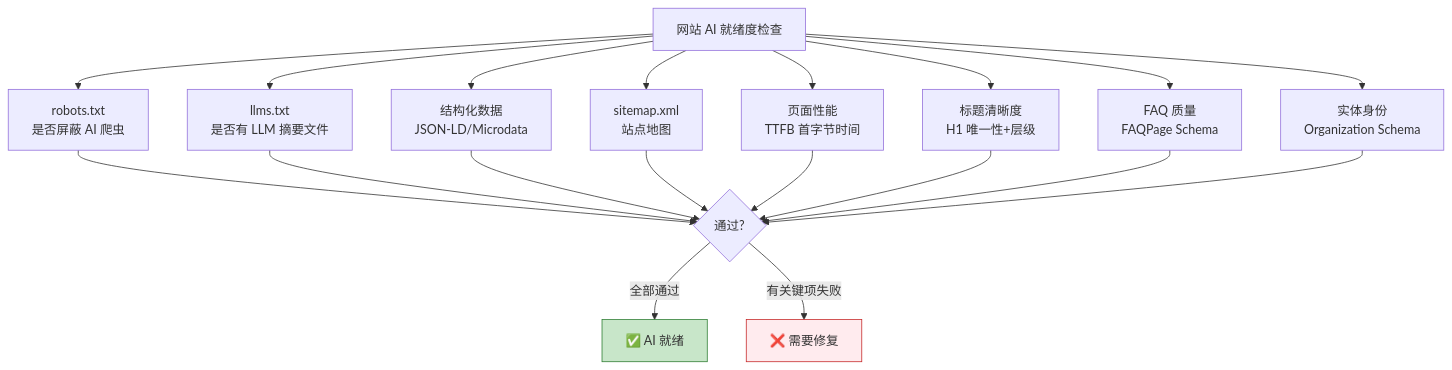
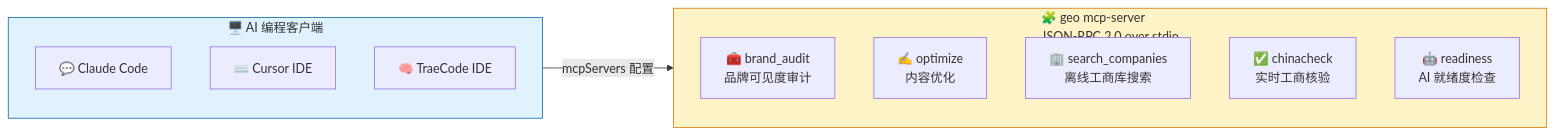
Diagram 28 of 29 in docs/getting-started.md (deep2code/geo), drawn with Mermaid before and after one commit. The commit also changed other lines of this file and 3 other files, not shown here.

First line of the commit message:
docs: 全面美化文档，大量采用 Mermaid 图表

````diff
--- a/docs/getting-started.md
+++ b/docs/getting-started.md
@@ -606,26 +970,21 @@
 ```mermaid
-flowchart TB
-    A["网站 AI 就绪度检查"] --> B["robots.txt<br/>是否屏蔽 AI 爬虫"]
-    A --> C["llms.txt<br/>是否有 LLM 摘要文件"]
-    A --> D["结构化数据<br/>JSON-LD/Microdata"]
-    A --> E["sitemap.xml<br/>站点地图"]
-    A --> F["页面性能<br/>TTFB 首字节时间"]
-    A --> G["标题清晰度<br/>H1 唯一性+层级"]
-    A --> H["FAQ 质量<br/>FAQPage Schema"]
-    A --> I["实体身份<br/>Organization Schema"]
+graph LR
+    subgraph CLIENT["🖥️ AI 编程客户端"]
+        C1["💬 Claude Code"]
+        C2["⌨️ Cursor IDE"]
+        C3["🧠 TraeCode IDE"]
+    end
 
-    B --> J{"通过?"}
-    C --> J
-    D --> J
-    E --> J
-    F --> J
-    G --> J
-    H --> J
-    I --> J
+    subgraph MCP["🧩 geo mcp-server<br/>JSON-RPC 2.0 over stdio"]
+        T1["🧰 brand_audit<br/>品牌可见度审计"]
+        T2["✍️ optimize<br/>内容优化"]
+        T3["🏢 search_companies<br/>离线工商库搜索"]
+        T4["✅ chinacheck<br/>实时工商核验"]
+        T5["🤖 readiness<br/>AI 就绪度检查"]
+    end
 
-    J -->|全部通过| K["✅ AI 就绪"]
-    J -->|有关键项失败| L["❌ 需要修复"]
+    CLIENT -->|"mcpServers 配置"| MCP
 
-    style K fill:#c8e6c9,stroke:#2e7d32
-    style L fill:#ffebee,stroke:#c62828
+    style CLIENT fill:#e0f2fe,stroke:#0369a1
+    style MCP fill:#fef3c7,stroke:#d97706
 ```
````
